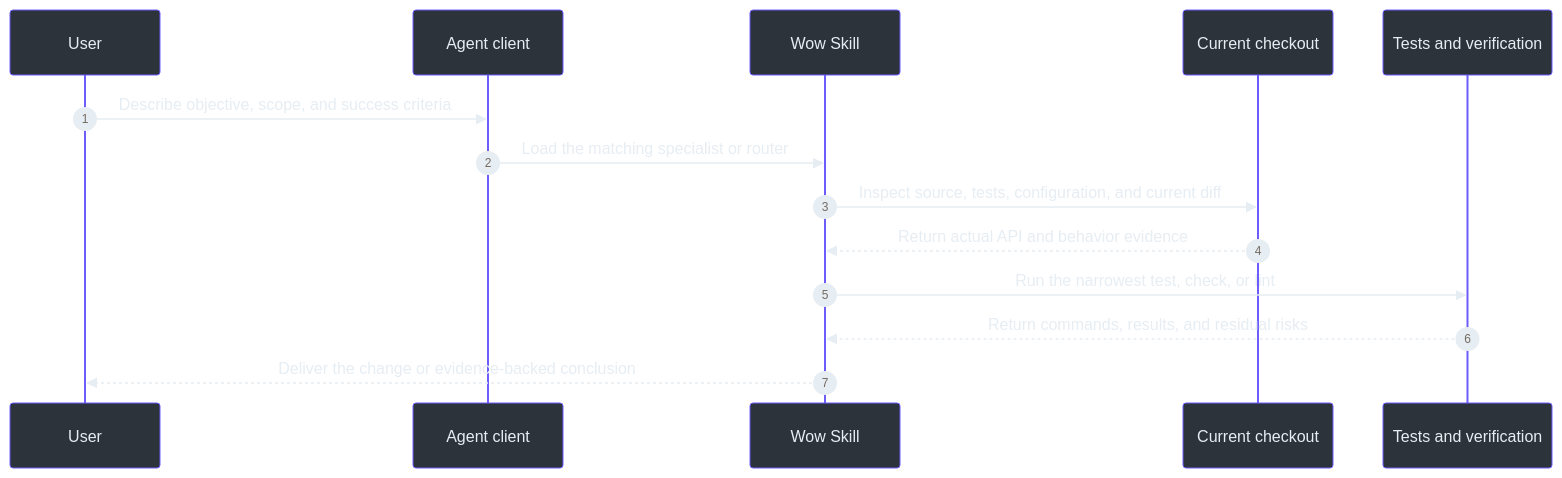
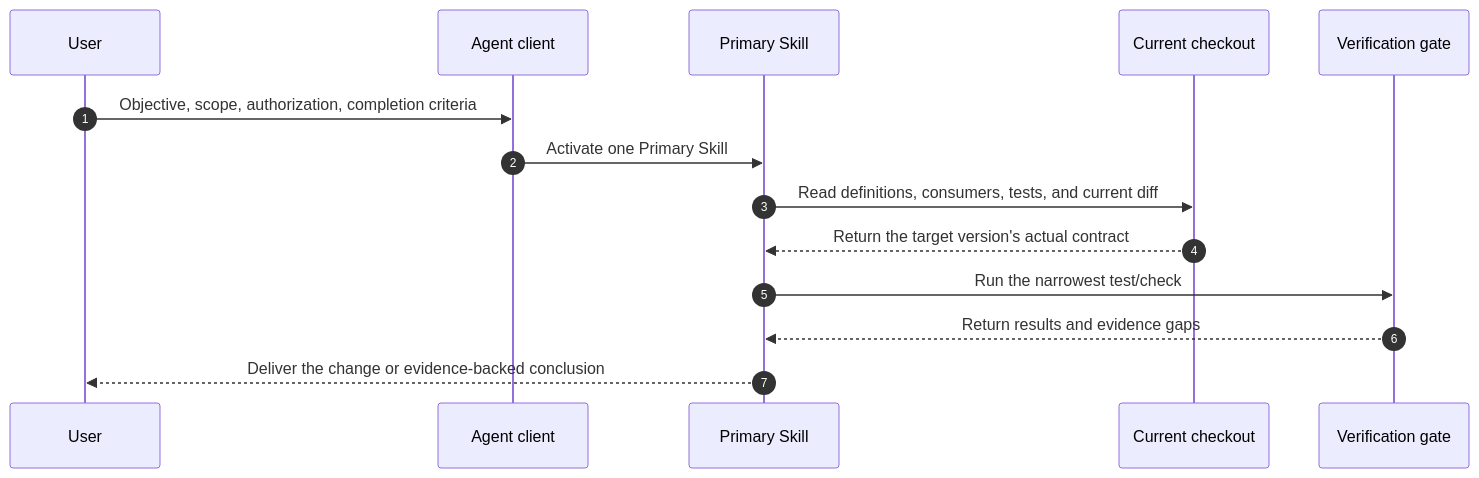
Before and after one commit to Ahoo-Wang/Wow: the second of 2 diagrams in documentation/docs/en/guide/skills.md, drawn with Mermaid. The commit also changed other lines of this file and 77 other files, not shown here.

````diff
--- a/documentation/docs/en/guide/skills.md
+++ b/documentation/docs/en/guide/skills.md
@@ -131,18 +104,17 @@
 ```mermaid
-%%{init: {"theme": "base", "themeVariables": {"primaryColor": "#2d333b", "primaryBorderColor": "#6d5dfc", "primaryTextColor": "#e6edf3", "lineColor": "#8b949e", "secondaryColor": "#161b22", "tertiaryColor": "#161b22"}}}%%
 sequenceDiagram
     autonumber
     participant User
     participant Client as Agent client
-    participant Skill as Wow Skill
+    participant Skill as Primary Skill
     participant Repo as Current checkout
-    participant Gate as Tests and verification
+    participant Gate as Verification gate
 
-    User->>Client: Describe objective, scope, and success criteria
-    Client->>Skill: Load the matching specialist or router
-    Skill->>Repo: Inspect source, tests, configuration, and current diff
-    Repo-->>Skill: Return actual API and behavior evidence
-    Skill->>Gate: Run the narrowest test, check, or lint
-    Gate-->>Skill: Return commands, results, and residual risks
+    User->>Client: Objective, scope, authorization, completion criteria
+    Client->>Skill: Activate one Primary Skill
+    Skill->>Repo: Read definitions, consumers, tests, and current diff
+    Repo-->>Skill: Return the target version's actual contract
+    Skill->>Gate: Run the narrowest test/check
+    Gate-->>Skill: Return results and evidence gaps
     Skill-->>User: Deliver the change or evidence-backed conclusion
 ```
````
